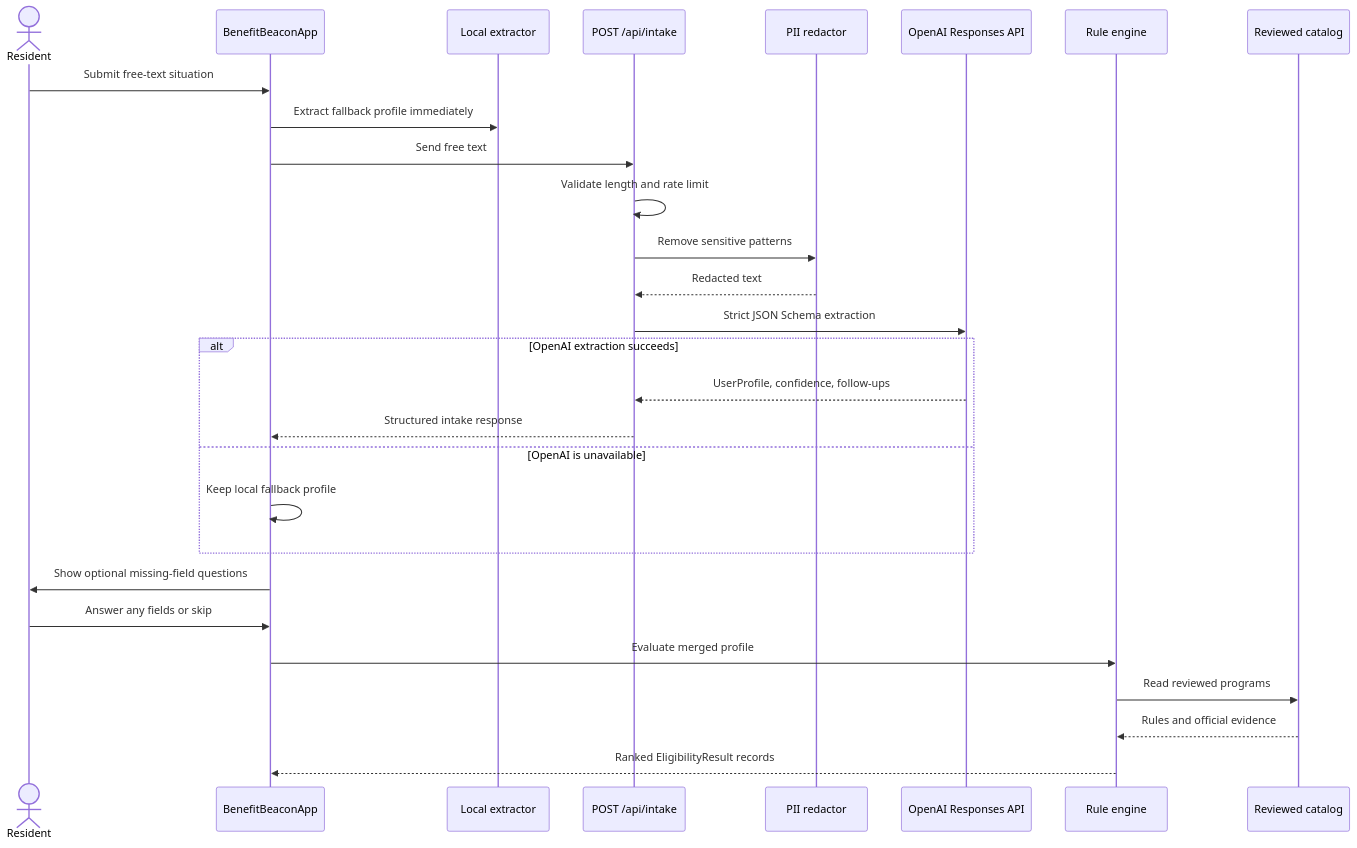
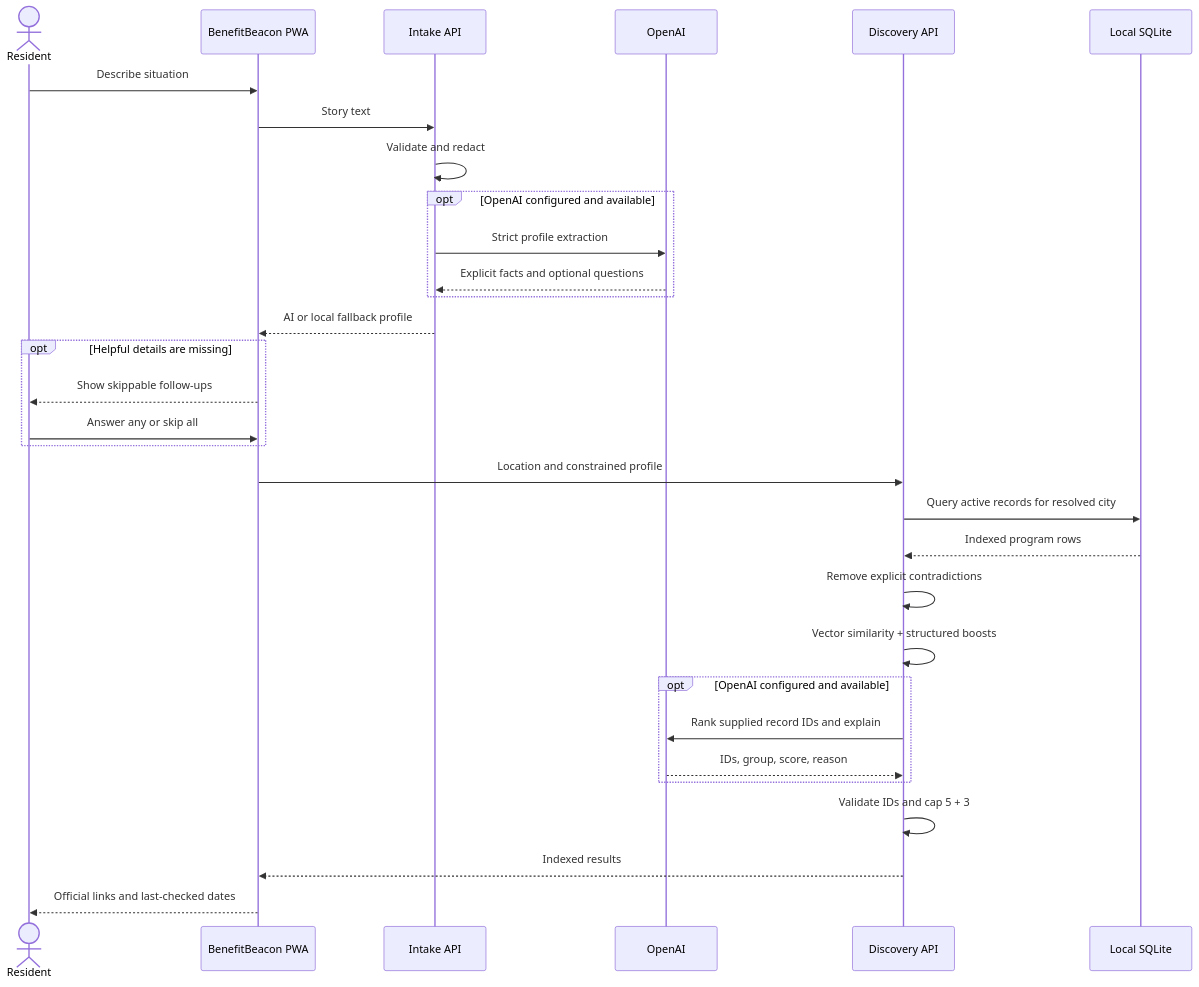
The fourth of 8 diagrams in ARCHITECTURE_AND_TECHNICAL_DESIGN.md (arjunsurendra/BenefitBeacon), drawn with Mermaid before and after one commit. The commit also changed other lines of this file and 110 other files, not shown here.

Commit message:
Expand BenefitBeacon program guidance and accessibility

````diff
--- a/ARCHITECTURE_AND_TECHNICAL_DESIGN.md
+++ b/ARCHITECTURE_AND_TECHNICAL_DESIGN.md
@@ -134,31 +146,34 @@
 ```mermaid
 sequenceDiagram
     actor Resident
-    participant UI as BenefitBeaconApp
-    participant Local as Local extractor
-    participant Intake as POST /api/intake
-    participant Redactor as PII redactor
-    participant LLM as OpenAI Responses API
-    participant Rules as Rule engine
-    participant Catalog as Reviewed catalog
+    participant UI as BenefitBeacon PWA
+    participant Intake as Intake API
+    participant AI as OpenAI
+    participant Discover as Discovery API
+    participant DB as Local SQLite
 
-    Resident->>UI: Submit free-text situation
-    UI->>Local: Extract fallback profile immediately
-    UI->>Intake: Send free text
-    Intake->>Intake: Validate length and rate limit
-    Intake->>Redactor: Remove sensitive patterns
-    Redactor-->>Intake: Redacted text
-    Intake->>LLM: Strict JSON Schema extraction
-    alt OpenAI extraction succeeds
-        LLM-->>Intake: UserProfile, confidence, follow-ups
-        Intake-->>UI: Structured intake response
-    else OpenAI is unavailable
-        UI->>UI: Keep local fallback profile
+    Resident->>UI: Describe situation
+    UI->>Intake: Story text
+    Intake->>Intake: Validate and redact
+    opt OpenAI configured and available
+        Intake->>AI: Strict profile extraction
+        AI-->>Intake: Explicit facts and optional questions
     end
-    UI->>Resident: Show optional missing-field questions
-    Resident->>UI: Answer any fields or skip
-    UI->>Rules: Evaluate merged profile
-    Rules->>Catalog: Read reviewed programs
-    Catalog-->>Rules: Rules and official evidence
-    Rules-->>UI: Ranked EligibilityResult records
+    Intake-->>UI: AI or local fallback profile
+    opt Helpful details are missing
+        UI-->>Resident: Show skippable follow-ups
+        Resident->>UI: Answer any or skip all
+    end
+    UI->>Discover: Location and constrained profile
+    Discover->>DB: Query active records for resolved city
+    DB-->>Discover: Indexed program rows
+    Discover->>Discover: Remove explicit contradictions
+    Discover->>Discover: Vector similarity + structured boosts
+    opt OpenAI configured and available
+        Discover->>AI: Rank supplied record IDs and explain
+        AI-->>Discover: IDs, group, score, reason
+    end
+    Discover->>Discover: Validate IDs and cap 5 + 3
+    Discover-->>UI: Indexed results
+    UI-->>Resident: Official links and last-checked dates
 ```
````
